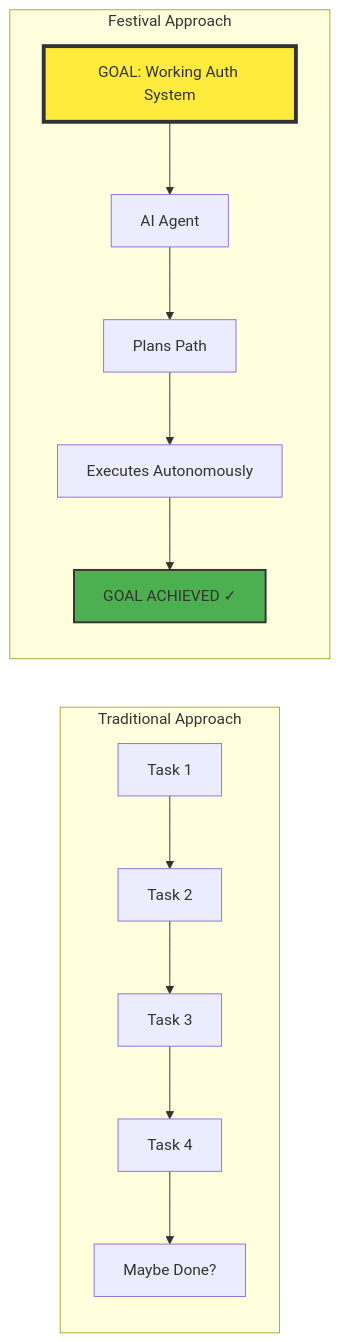
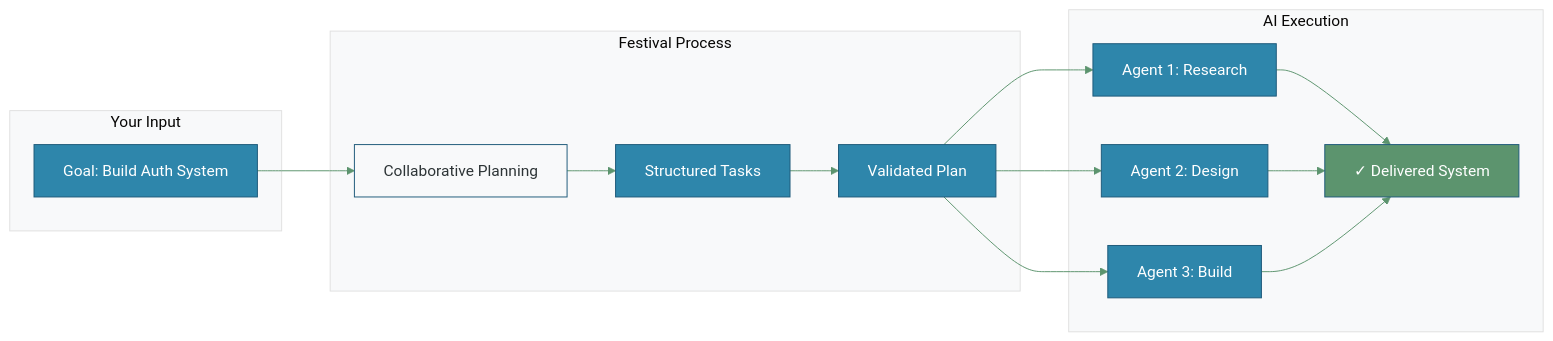
The first of 4 diagrams in README.md (lancekrogers/festival-methodology), drawn with Mermaid before and after one commit. The commit also changed other lines of this file, not shown here.

````diff
--- a/README.md
+++ b/README.md
@@ -12,19 +12,26 @@
 ```mermaid
+%%{init: {'theme':'base', 'themeVariables': { 'primaryColor':'#2E86AB', 'primaryTextColor':'#fff', 'primaryBorderColor':'#1e5a7a', 'lineColor':'#5c946e', 'secondaryColor':'#a23b72', 'tertiaryColor':'#f8f9fa', 'background':'#ffffff', 'mainBkg':'#2E86AB', 'secondBkg':'#a23b72', 'tertiaryBkg':'#f8f9fa'}}}%%
 graph LR
-    subgraph "Traditional Approach"
-        T1[Task 1] --> T2[Task 2]
-        T2 --> T3[Task 3]
-        T3 --> T4[Task 4]
-        T4 --> Q[Maybe Done?]
+    subgraph "Your Input"
+        G[Goal: Build Auth System]
     end
-    
-    subgraph "Festival Approach"
-        G[GOAL: Working Auth System] --> A[AI Agent]
-        A --> P[Plans Path]
-        P --> E[Executes Autonomously]
-        E --> D[GOAL ACHIEVED ✓]
+
+    subgraph "Festival Process"
+        G --> C[Collaborative Planning]
+        C --> S[Structured Tasks]
+        S --> V[Validated Plan]
     end
-    
-    style G fill:#ffeb3b,stroke:#333,stroke-width:4px
-    style D fill:#4caf50,stroke:#333,stroke-width:2px
+
+    subgraph "AI Execution"
+        V --> E1[Agent 1: Research]
+        V --> E2[Agent 2: Design]
+        V --> E3[Agent 3: Build]
+        E1 --> D[✓ Delivered System]
+        E2 --> D
+        E3 --> D
+    end
+
+    style G fill:#2E86AB,color:#fff
+    style D fill:#5c946e,color:#fff
+    style C fill:#f8f9fa,color:#2d3436
 ```
````
